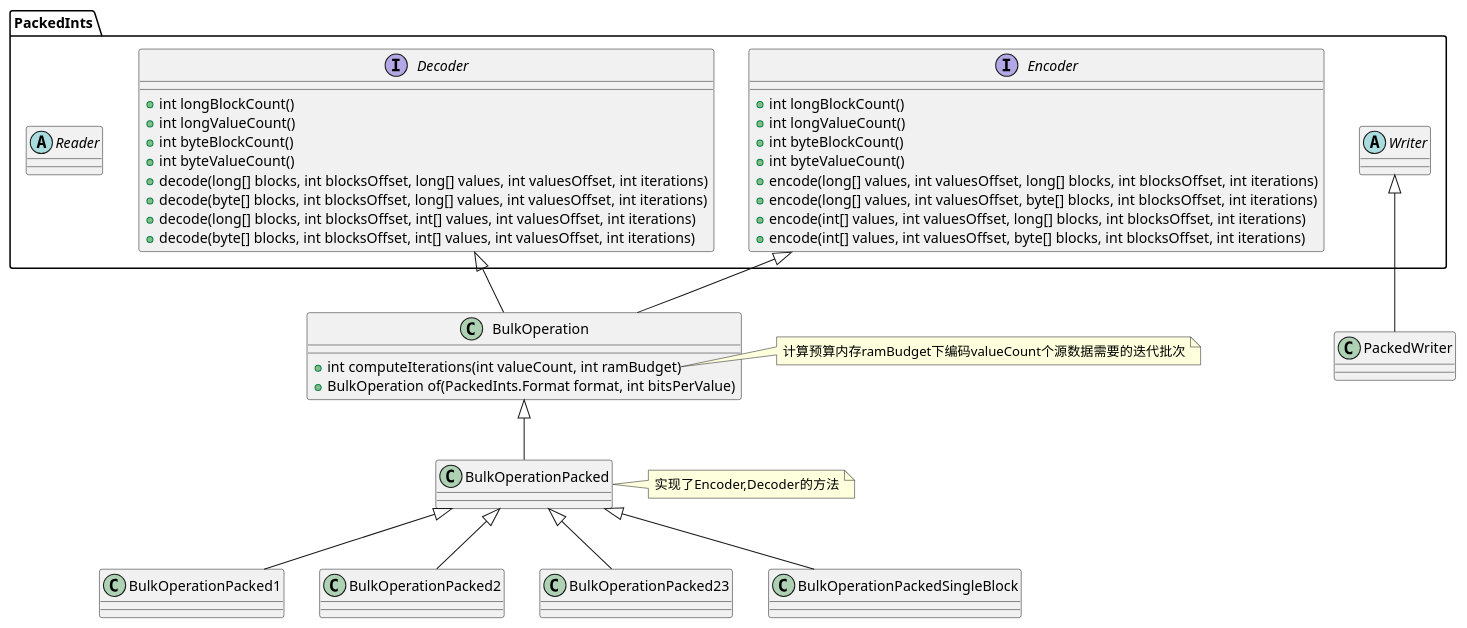
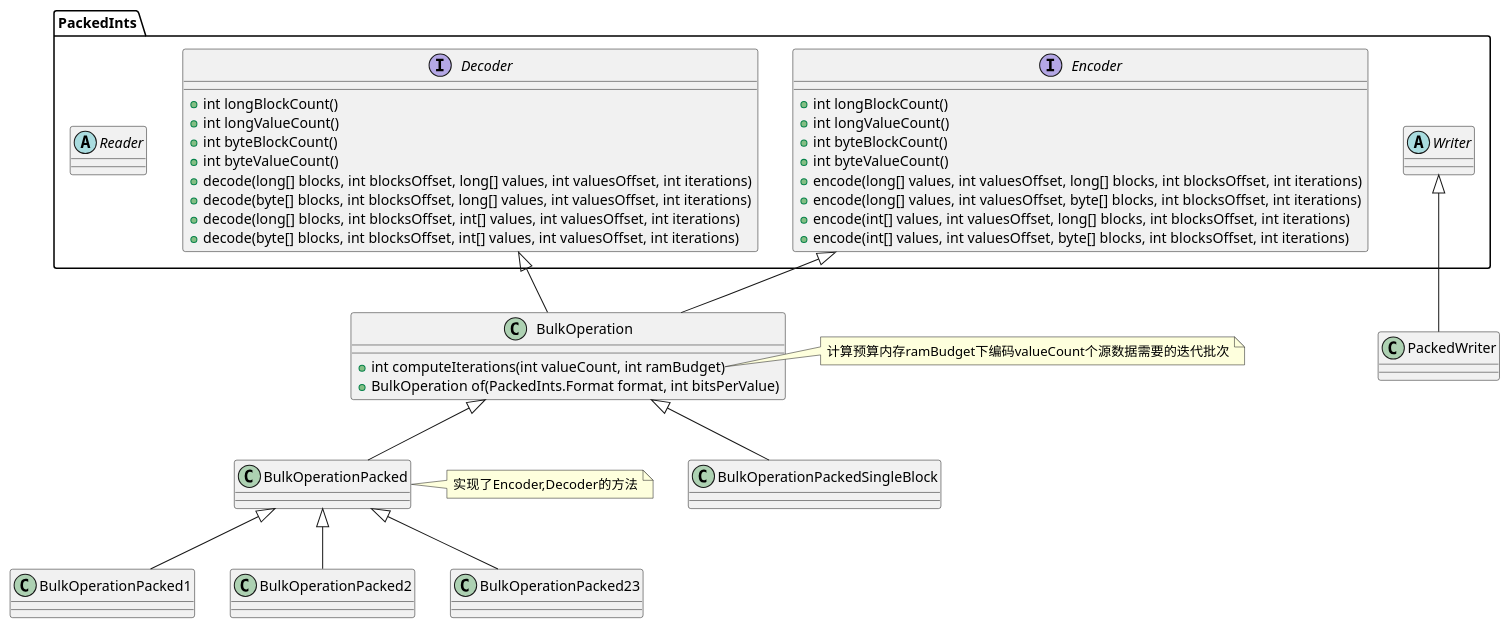
Before and after one commit to gsonkeno/lucene-8.8.2-maven-notes: the diagram in uml/BulkOperation.puml, drawn with PlantUML. The commit also changed 2 other files, not shown here.

```diff
--- a/uml/BulkOperation.puml
+++ b/uml/BulkOperation.puml
@@ -1,60 +1,60 @@
 @startuml
 'https://plantuml.com/class-diagram
 
 interface PackedInts.Decoder
 interface PackedInts.Encoder
 abstract  PackedInts.Writer
 abstract  PackedInts.Reader
 class PackedWriter
 abstract class BulkOperation
 class BulkOperationPacked
 class BulkOperationPacked1
 class BulkOperationPacked2
 class BulkOperationPacked23
 class BulkOperationPackedSingleBlock
 PackedInts.Decoder<|-- BulkOperation
 PackedInts.Encoder<|-- BulkOperation
 
 PackedInts.Writer<|-- PackedWriter
 
 BulkOperation<|-- BulkOperationPacked
 BulkOperationPacked<|-- BulkOperationPacked1
 BulkOperationPacked<|-- BulkOperationPacked2
 BulkOperationPacked<|-- BulkOperationPacked23
-BulkOperationPacked<|-- BulkOperationPackedSingleBlock
+BulkOperation<|-- BulkOperationPackedSingleBlock
 
 interface PackedInts.Decoder{
 + int longBlockCount()
 + int longValueCount()
 + int byteBlockCount()
 + int byteValueCount()
 + decode(long[] blocks, int blocksOffset, long[] values, int valuesOffset, int iterations)
 + decode(byte[] blocks, int blocksOffset, long[] values, int valuesOffset, int iterations)
 + decode(long[] blocks, int blocksOffset, int[] values, int valuesOffset, int iterations)
 + decode(byte[] blocks, int blocksOffset, int[] values, int valuesOffset, int iterations)
 }
 
 interface PackedInts.Encoder{
 + int longBlockCount()
 + int longValueCount()
 + int byteBlockCount()
 + int byteValueCount()
 + encode(long[] values, int valuesOffset, long[] blocks, int blocksOffset, int iterations)
 + encode(long[] values, int valuesOffset, byte[] blocks, int blocksOffset, int iterations)
 + encode(int[] values, int valuesOffset, long[] blocks, int blocksOffset, int iterations)
 + encode(int[] values, int valuesOffset, byte[] blocks, int blocksOffset, int iterations)
 }
 
 class BulkOperation{
 + int computeIterations(int valueCount, int ramBudget)
 + BulkOperation of(PackedInts.Format format, int bitsPerValue)
 }
 note right of BulkOperation::computeIterations
   计算预算内存ramBudget下编码valueCount个源数据需要的迭代批次
 end note
 
 class BulkOperationPacked{
 
 }
 note right: 实现了Encoder,Decoder的方法
 @enduml
```
